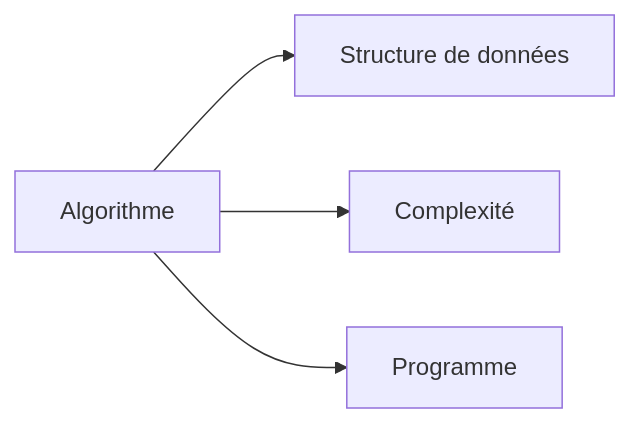
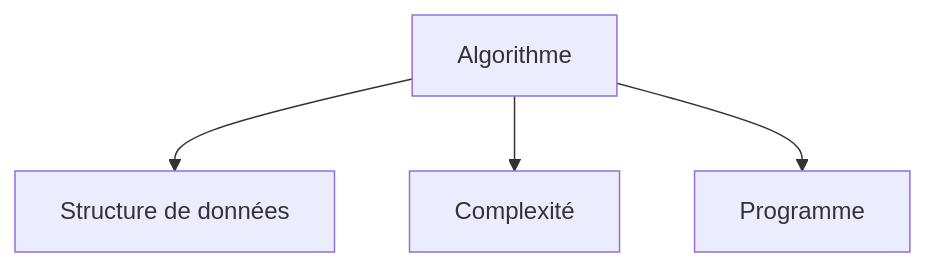
One commit to zyrass/omnydocs changed the first of 38 diagrams in docs/glossaire/bases-fondamentales.md. Above: the diagram before and after it, drawn with Mermaid. The commit also changed other lines of this file and 1780 other files, not shown here.

````diff
--- a/docs/glossaire/bases-fondamentales.md
+++ b/docs/glossaire/bases-fondamentales.md
@@ -25,6 +31,6 @@
-    ```mermaid
-    graph LR
-        A[Algorithme] --> B[Structure de données]
-        A --> C[Complexité]
-        A --> D[Programme]
-    ```
+```mermaid
+graph TB
+    A[Algorithme] --> B[Structure de données]
+    A --> C[Complexité]
+    A --> D[Programme]
+```
````
